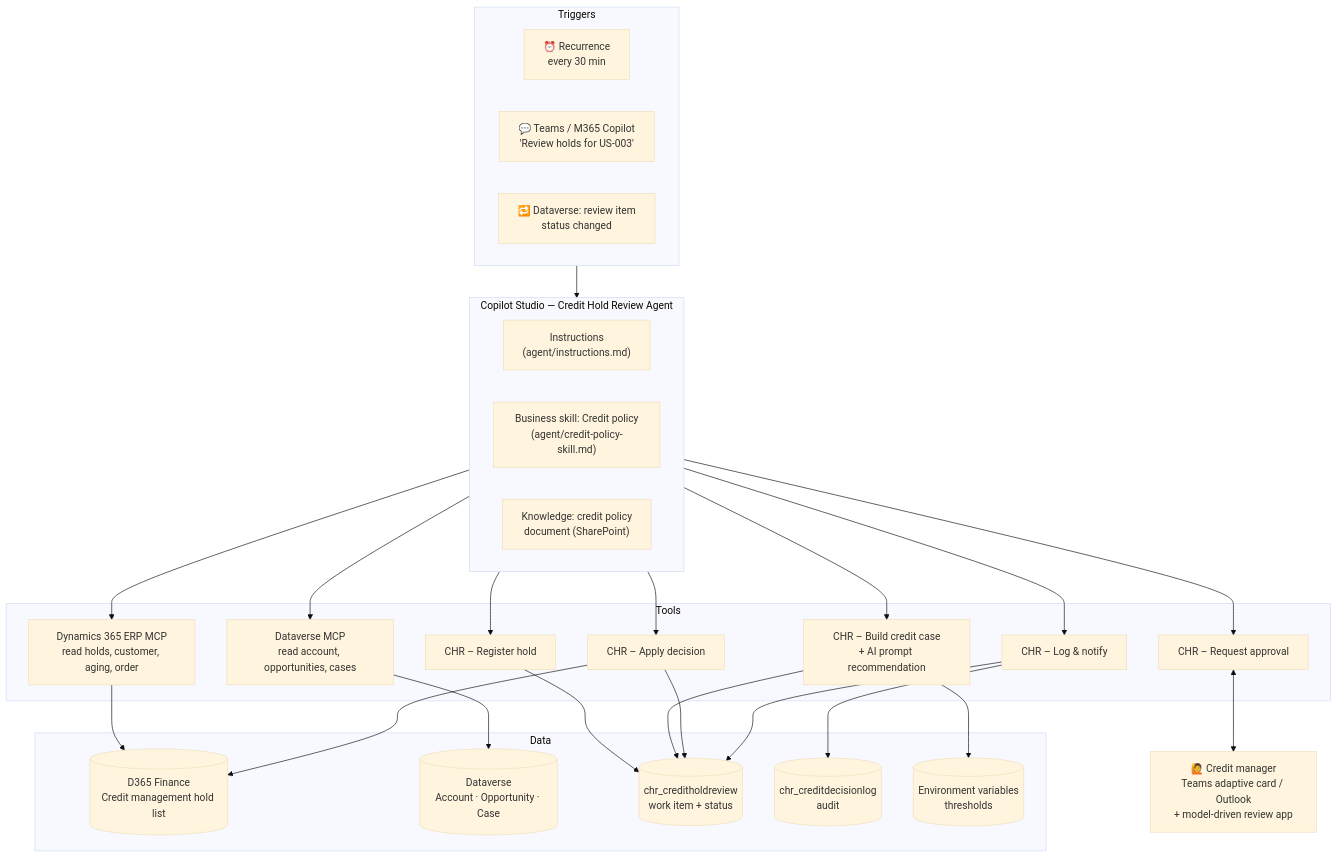
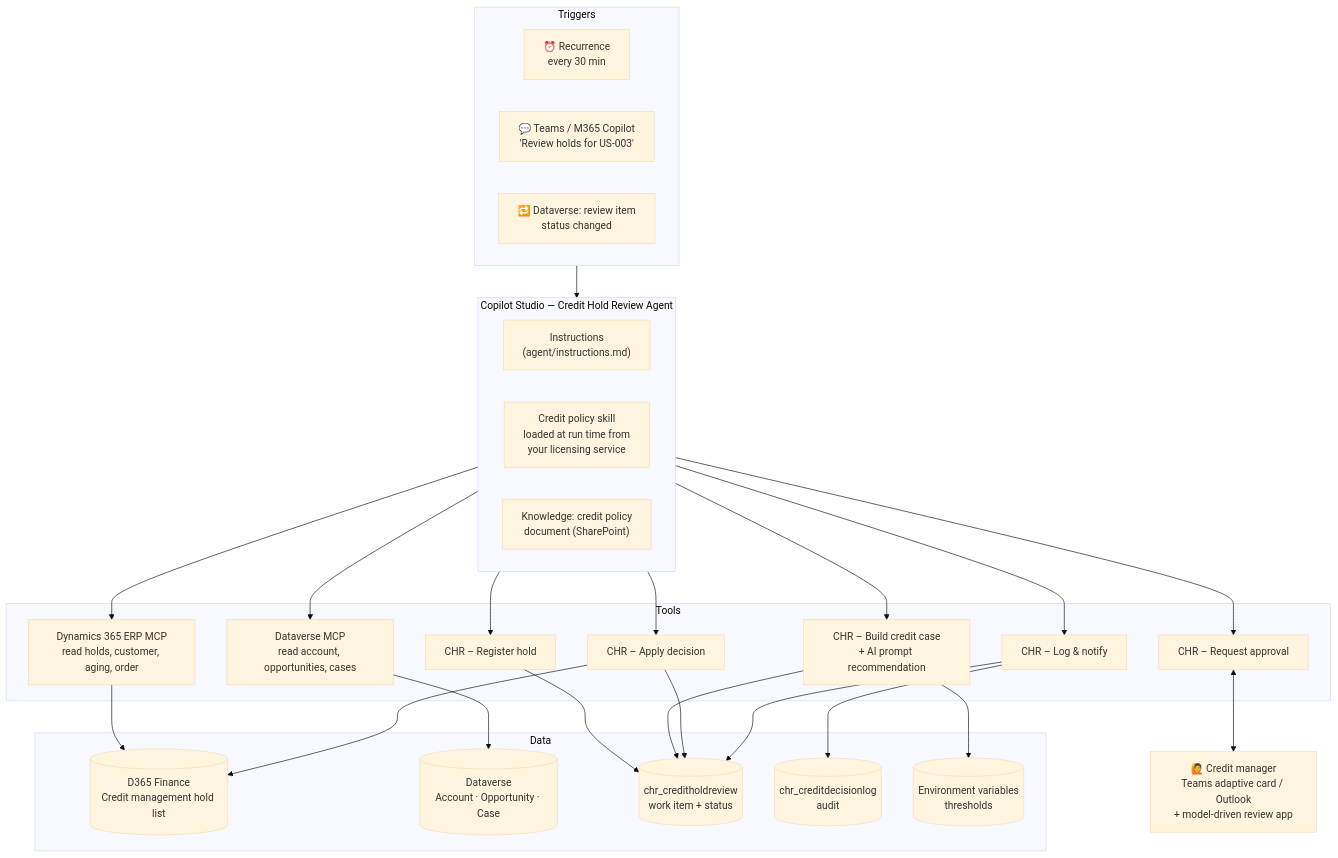
Before and after one commit to arvidsto/D365_Agents: the first of 3 diagrams in samples/credit-hold-review-agent/README.md, drawn with Mermaid (base theme). The commit also changed other lines of this file and 62 other files, not shown here.

First line of the commit message:
Add licensed skills service and serve both samples' business skills from it

````diff
--- a/samples/credit-hold-review-agent/README.md
+++ b/samples/credit-hold-review-agent/README.md
@@ -33,44 +33,44 @@
 ```mermaid
 flowchart TB
     subgraph TRG["Triggers"]
         TR1["⏰ Recurrence<br/>every 30 min"]
         TR2["💬 Teams / M365 Copilot<br/>'Review holds for US-003'"]
         TR3["🔁 Dataverse: review item<br/>status changed"]
     end
 
     subgraph AG["Copilot Studio — Credit Hold Review Agent"]
         INS["Instructions<br/>(agent/instructions.md)"]
-        SKL["Business skill: Credit policy<br/>(agent/credit-policy-skill.md)"]
+        SKL["Credit policy skill<br/>loaded at run time from<br/>your licensing service"]
         KNW["Knowledge: credit policy<br/>document (SharePoint)"]
     end
 
     subgraph TLS["Tools"]
         M1["Dynamics 365 ERP MCP<br/>read holds, customer, aging, order"]
         M2["Dataverse MCP<br/>read account, opportunities, cases"]
         F1["CHR – Register hold"]
         F2["CHR – Build credit case<br/>+ AI prompt recommendation"]
         F3["CHR – Request approval"]
         F4["CHR – Apply decision"]
         F5["CHR – Log & notify"]
     end
 
     subgraph DATA["Data"]
         FO[("D365 Finance<br/>Credit management hold list")]
         CE[("Dataverse<br/>Account · Opportunity · Case")]
         RV[("chr_creditholdreview<br/>work item + status")]
         AU[("chr_creditdecisionlog<br/>audit")]
         CFG[("Environment variables<br/>thresholds")]
     end
 
     HUM["🙋 Credit manager<br/>Teams adaptive card / Outlook<br/>+ model-driven review app"]
 
     TRG --> AG
     AG --> M1 & M2 & F1 & F2 & F3 & F4 & F5
     M1 --> FO
     M2 --> CE
     F1 & F2 & F4 & F5 --> RV
     F5 --> AU
     F2 --> CFG
     F3 <--> HUM
     F4 --> FO
 ```
````
